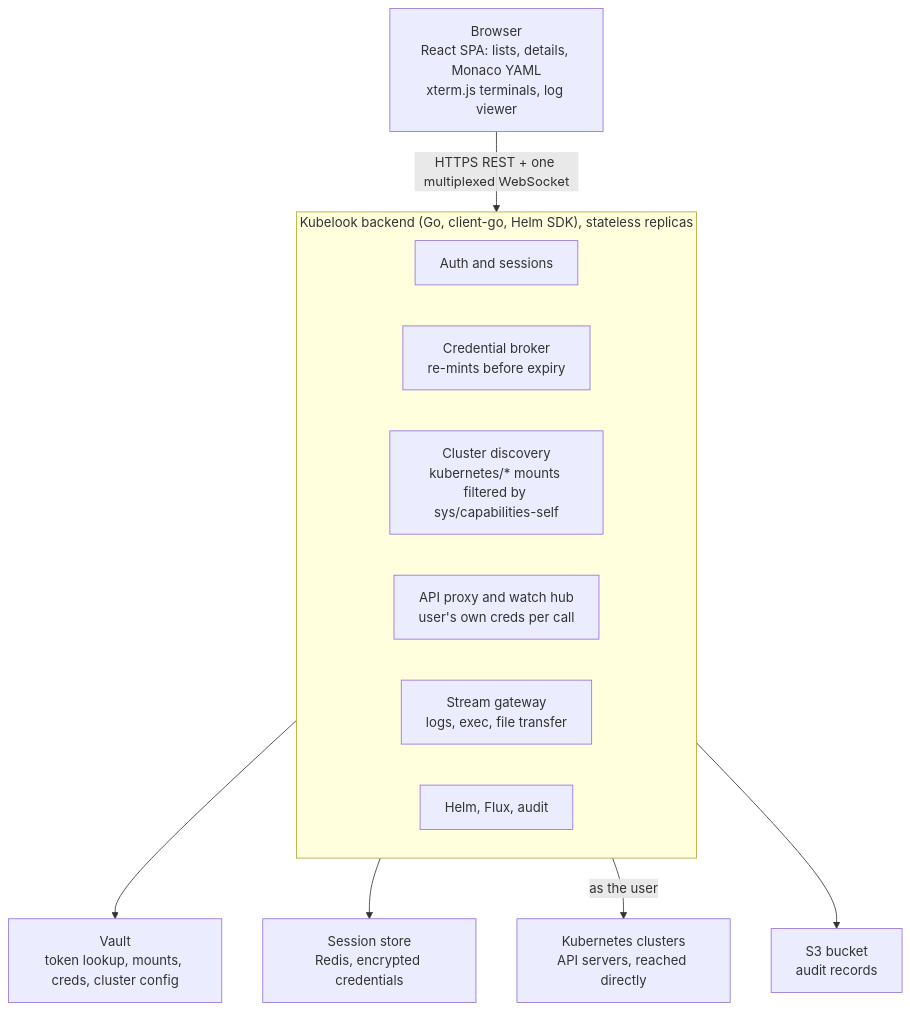
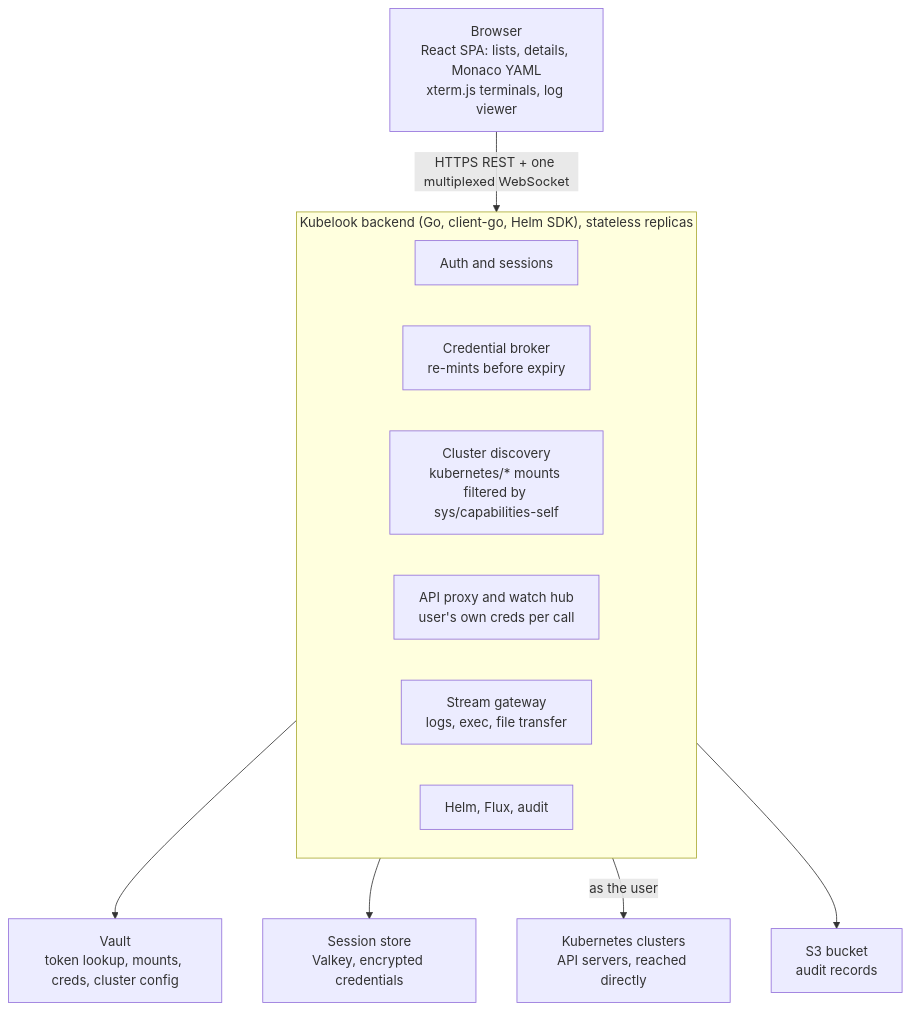
Before and after one commit to bdnix/kubelook: the diagram in docs/spec.md, drawn with Mermaid. The commit also changed other lines of this file, not shown here.

Commit message:
Use Valkey instead of Redis for the session store

````diff
--- a/docs/spec.md
+++ b/docs/spec.md
@@ -88,21 +88,21 @@
 ```mermaid
 flowchart TB
   browser["Browser<br/>React SPA: lists, details, Monaco YAML<br/>xterm.js terminals, log viewer"]
   subgraph backend["Kubelook backend (Go, client-go, Helm SDK), stateless replicas"]
     auth["Auth and sessions"]
     broker["Credential broker<br/>re-mints before expiry"]
     discovery["Cluster discovery<br/>kubernetes/* mounts filtered by sys/capabilities-self"]
     proxy["API proxy and watch hub<br/>user's own creds per call"]
     streams["Stream gateway<br/>logs, exec, file transfer"]
     ops["Helm, Flux, audit"]
   end
   vault["Vault<br/>token lookup, mounts, creds, cluster config"]
-  store["Session store<br/>Redis, encrypted credentials"]
+  store["Session store<br/>Valkey, encrypted credentials"]
   clusters["Kubernetes clusters<br/>API servers, reached directly"]
   s3["S3 bucket<br/>audit records"]
   browser -- "HTTPS REST + one multiplexed WebSocket" --> backend
   backend --> vault
   backend --> store
   backend -- "as the user" --> clusters
   backend --> s3
 ```
````
